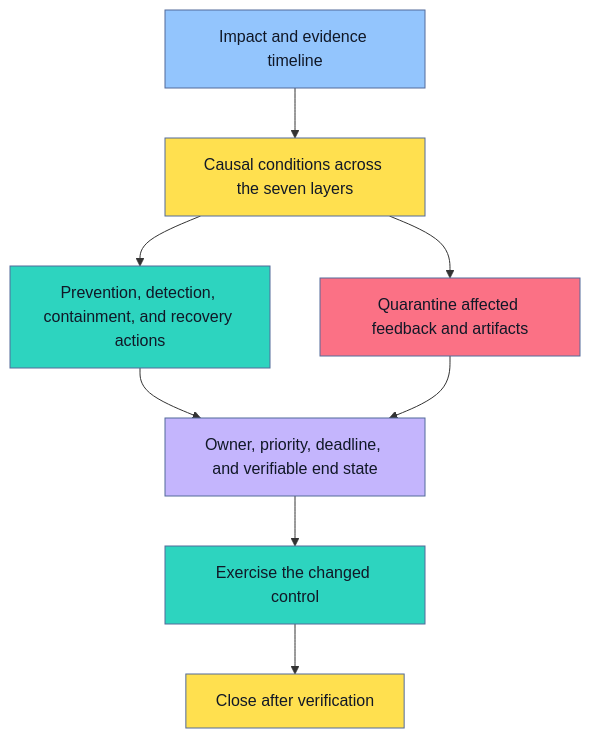
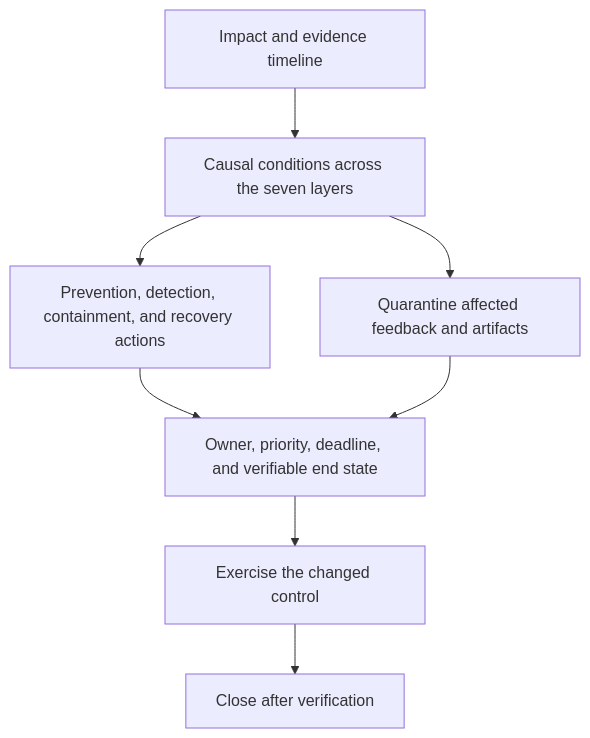
One commit to senlinyy/dev-roadmaps changed the ninth of 9 diagrams in roadmaps/mlops/modules/deployment-and-release-management/rollback-and-recovery/01-ml-incident-response-basics.md. Above: the diagram before and after it, drawn with Mermaid. The commit also changed other lines of this file and 152 other files, not shown here.

Commit message:
feat: mlops and diagrams updated

````diff
--- a/roadmaps/mlops/modules/deployment-and-release-management/rollback-and-recovery/01-ml-incident-response-basics.md
+++ b/roadmaps/mlops/modules/deployment-and-release-management/rollback-and-recovery/01-ml-incident-response-basics.md
@@ -444,18 +443,18 @@
 ```mermaid
 flowchart TD
     A["Impact and evidence timeline"] --> B["Causal conditions across the seven layers"]
     B --> C["Prevention, detection, containment, and recovery actions"]
     B --> D["Quarantine affected feedback and artifacts"]
     C --> E["Owner, priority, deadline, and verifiable end state"]
     D --> E
     E --> F["Exercise the changed control"]
     F --> G["Close after verification"]
 
-    style A fill:#93C5FD,stroke:#536A9A,color:#111827
-    style B fill:#FFE04F,stroke:#536A9A,color:#111827
-    style C fill:#2DD4BF,stroke:#536A9A,color:#111827
-    style D fill:#FB7185,stroke:#536A9A,color:#111827
-    style E fill:#C4B5FD,stroke:#536A9A,color:#111827
-    style F fill:#2DD4BF,stroke:#536A9A,color:#111827
-    style G fill:#FFE04F,stroke:#536A9A,color:#111827
+    class A dp-mermaid-primary
+    class B dp-mermaid-secondary
+    class C dp-mermaid-tertiary
+    class D dp-mermaid-quaternary
+    class E dp-mermaid-primary
+    class F dp-mermaid-tertiary
+    class G dp-mermaid-secondary
 ```
````
